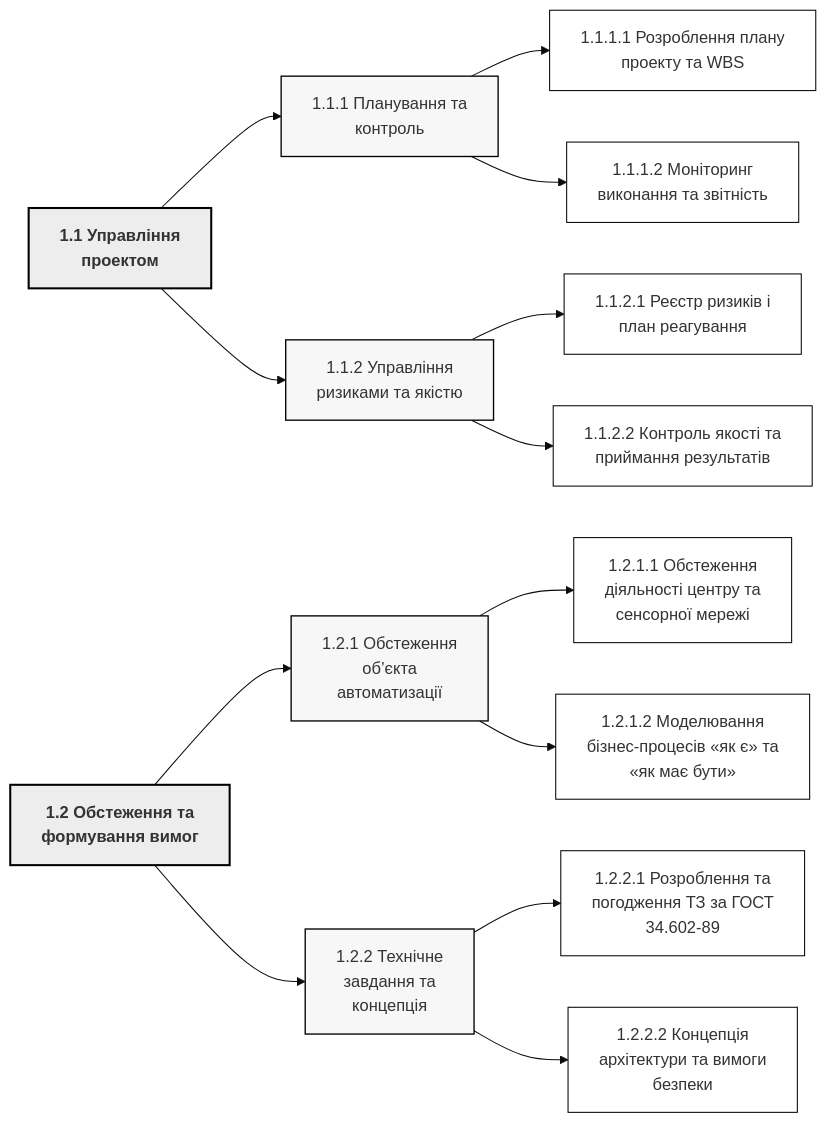
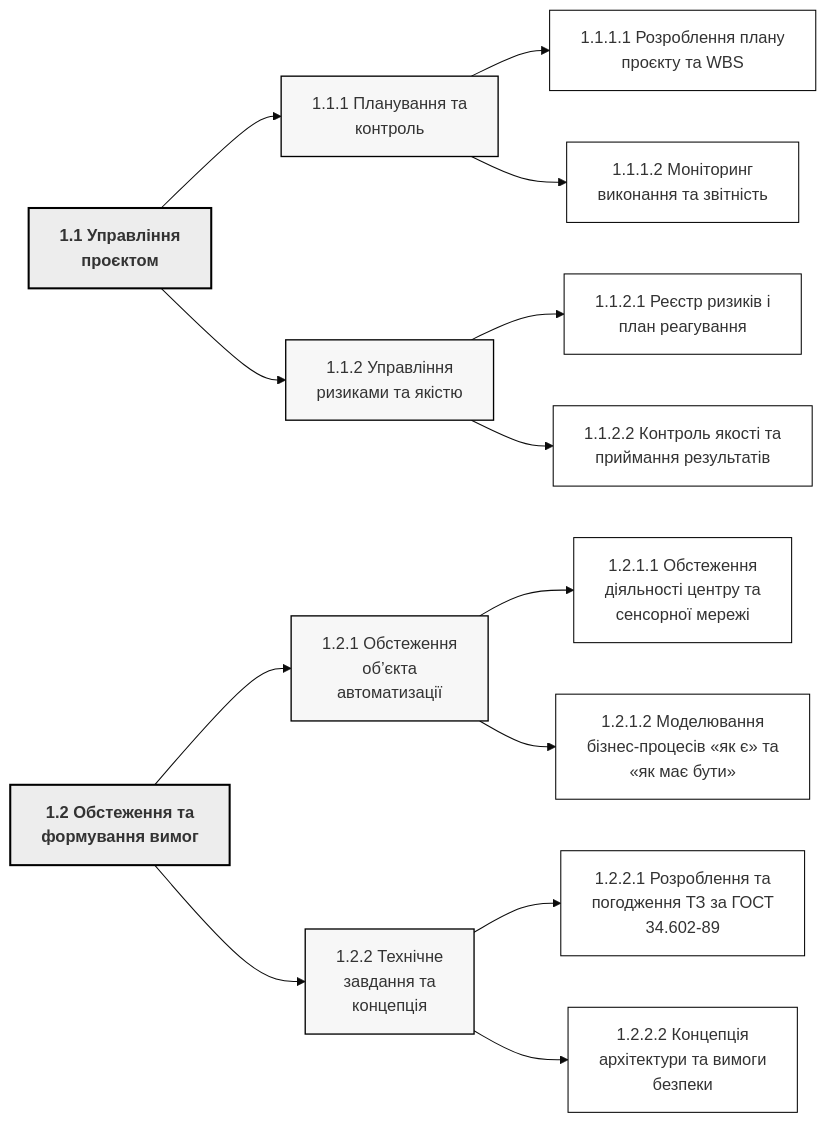
One commit to KravAvfv/-_2026 changed the diagram in lab1/diagrams/10_wbs_1_1_1_2.mmd. Above: the diagram before and after it, drawn with Mermaid (base theme). The commit also changed 82 other files, not shown here.

```diff
--- a/lab1/diagrams/10_wbs_1_1_1_2.mmd
+++ b/lab1/diagrams/10_wbs_1_1_1_2.mmd
@@ -1,33 +1,33 @@
 flowchart LR
   classDef l0 fill:#D9D9D9,stroke:#000,stroke-width:2.5px,font-weight:bold;
   classDef l1 fill:#EDEDED,stroke:#000,stroke-width:2px,font-weight:bold;
   classDef l2 fill:#F7F7F7,stroke:#000,stroke-width:1.3px;
   classDef l3 fill:#FFFFFF,stroke:#000,stroke-width:1px;
   classDef alt fill:#FFFFFF,stroke:#000,stroke-width:1px,stroke-dasharray:6 4;
 
-  N1_1["1.1 Управління<br/>проектом"]:::l1
+  N1_1["1.1 Управління<br/>проєктом"]:::l1
   N1_1_1["1.1.1 Планування та<br/>контроль"]:::l2
   N1_1 --> N1_1_1
-  N1_1_1_1["1.1.1.1 Розроблення плану<br/>проекту та WBS"]:::l3
+  N1_1_1_1["1.1.1.1 Розроблення плану<br/>проєкту та WBS"]:::l3
   N1_1_1 --> N1_1_1_1
   N1_1_1_2["1.1.1.2 Моніторинг<br/>виконання та звітність"]:::l3
   N1_1_1 --> N1_1_1_2
   N1_1_2["1.1.2 Управління<br/>ризиками та якістю"]:::l2
   N1_1 --> N1_1_2
   N1_1_2_1["1.1.2.1 Реєстр ризиків і<br/>план реагування"]:::l3
   N1_1_2 --> N1_1_2_1
   N1_1_2_2["1.1.2.2 Контроль якості та<br/>приймання результатів"]:::l3
   N1_1_2 --> N1_1_2_2
   N1_2["1.2 Обстеження та<br/>формування вимог"]:::l1
   N1_2_1["1.2.1 Обстеження<br/>об’єкта<br/>автоматизації"]:::l2
   N1_2 --> N1_2_1
   N1_2_1_1["1.2.1.1 Обстеження<br/>діяльності центру та<br/>сенсорної мережі"]:::l3
   N1_2_1 --> N1_2_1_1
   N1_2_1_2["1.2.1.2 Моделювання<br/>бізнес-процесів «як є» та<br/>«як має бути»"]:::l3
   N1_2_1 --> N1_2_1_2
   N1_2_2["1.2.2 Технічне<br/>завдання та<br/>концепція"]:::l2
   N1_2 --> N1_2_2
   N1_2_2_1["1.2.2.1 Розроблення та<br/>погодження ТЗ за ГОСТ<br/>34.602-89"]:::l3
   N1_2_2 --> N1_2_2_1
   N1_2_2_2["1.2.2.2 Концепція<br/>архітектури та вимоги<br/>безпеки"]:::l3
   N1_2_2 --> N1_2_2_2
```
